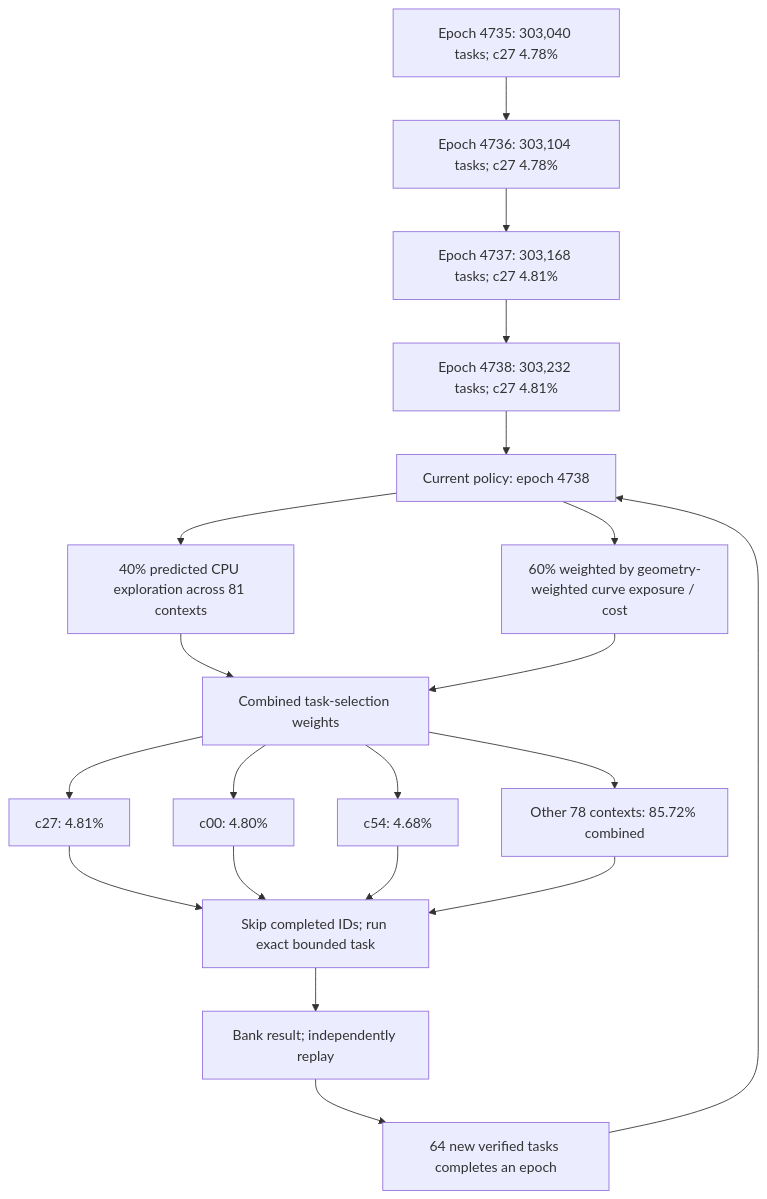
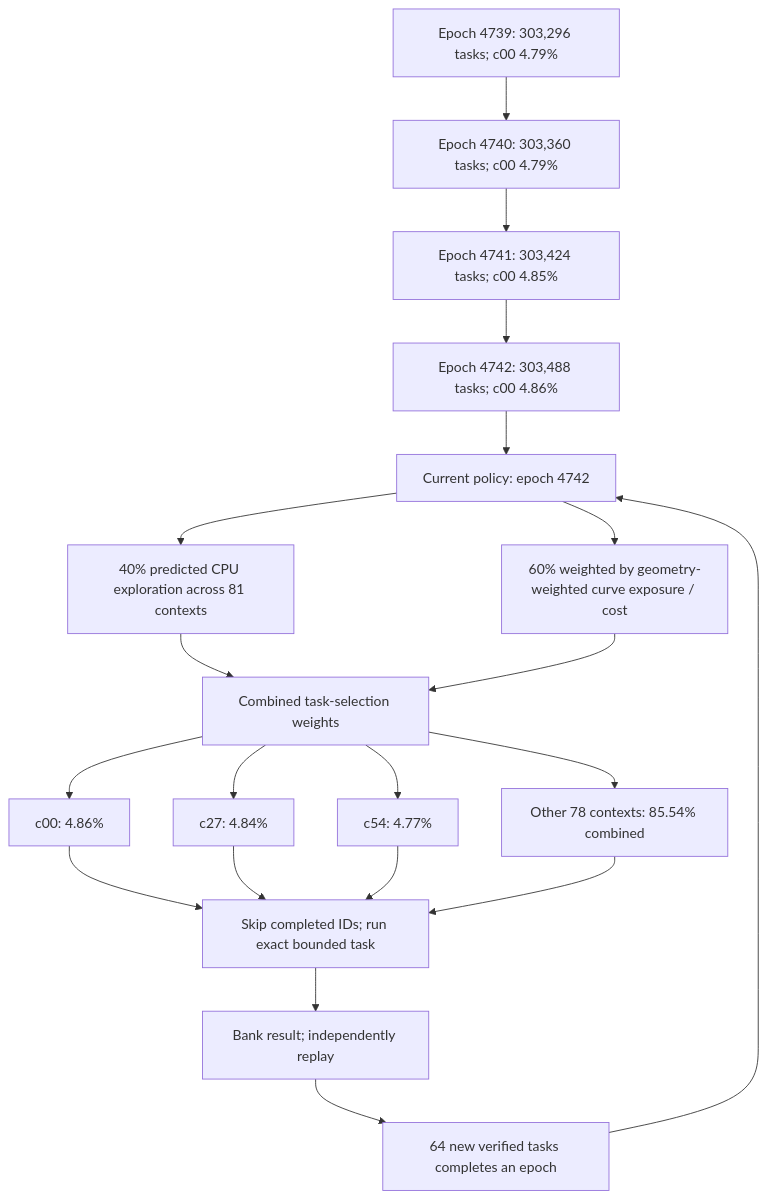
Before and after one commit to Kuberwastaken/math-gambling: the first of 3 diagrams in README.md, drawn with Mermaid. The commit also changed other lines of this file and 538 other files, not shown here.

````diff
--- a/README.md
+++ b/README.md
@@ -60,27 +60,27 @@
 ```mermaid
 flowchart TD
-    H0["Epoch 4735: 303,040 tasks; c27 4.78%"]
-    H1["Epoch 4736: 303,104 tasks; c27 4.78%"]
+    H0["Epoch 4739: 303,296 tasks; c00 4.79%"]
+    H1["Epoch 4740: 303,360 tasks; c00 4.79%"]
     H0 --> H1
-    H2["Epoch 4737: 303,168 tasks; c27 4.81%"]
+    H2["Epoch 4741: 303,424 tasks; c00 4.85%"]
     H1 --> H2
-    H3["Epoch 4738: 303,232 tasks; c27 4.81%"]
+    H3["Epoch 4742: 303,488 tasks; c00 4.86%"]
     H2 --> H3
-    Policy["Current policy: epoch 4738"]
+    Policy["Current policy: epoch 4742"]
     H3 --> Policy
     Policy --> Explore["40% predicted CPU exploration across 81 contexts"]
     Policy --> Cost["60% weighted by geometry-weighted curve exposure / cost"]
     Explore --> Mix["Combined task-selection weights"]
     Cost --> Mix
-    Mix --> C0["c27: 4.81%"]
-    Mix --> C1["c00: 4.80%"]
-    Mix --> C2["c54: 4.68%"]
-    Mix --> Rest["Other 78 contexts: 85.72% combined"]
+    Mix --> C0["c00: 4.86%"]
+    Mix --> C1["c27: 4.84%"]
+    Mix --> C2["c54: 4.77%"]
+    Mix --> Rest["Other 78 contexts: 85.54% combined"]
     C0 --> Check["Skip completed IDs; run exact bounded task"]
     C1 --> Check
     C2 --> Check
     Rest --> Check
     Check --> Replay["Bank result; independently replay"]
     Replay --> Gate["64 new verified tasks completes an epoch"]
     Gate --> Policy
 ```
````
